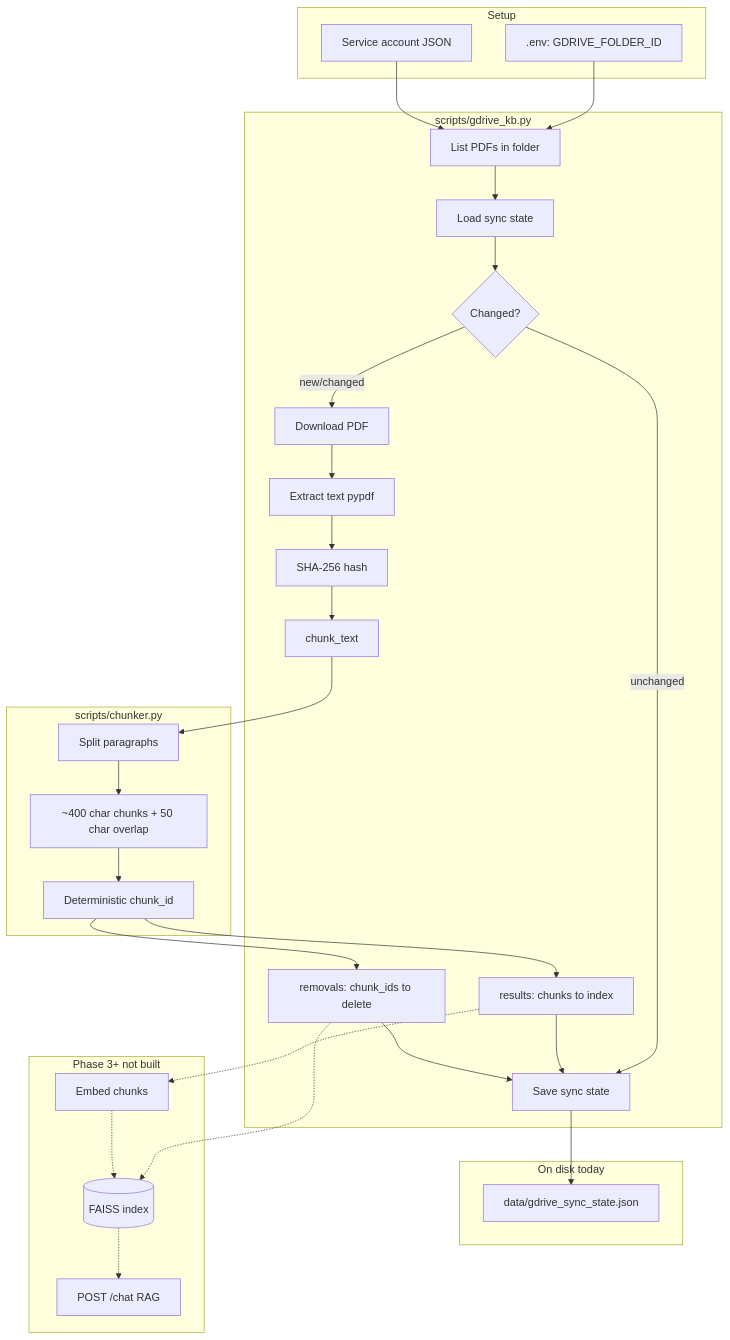
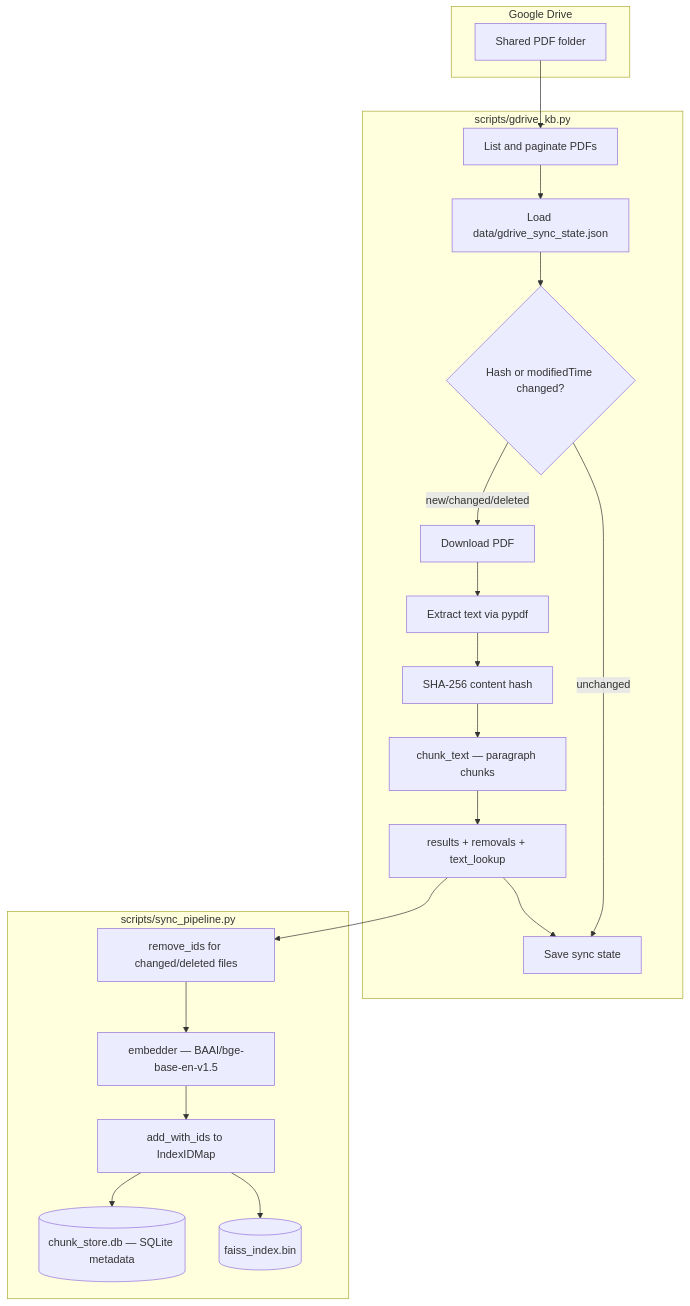
The second of 3 diagrams in README.md (Syedafzal059/customer-support-agent), drawn with Mermaid before and after one commit. The commit also changed other lines of this file and 9 other files, not shown here.

First line of the commit message:
Add scheduled Drive sync workflow and document the FAISS ingestion pipeline.

````diff
--- a/README.md
+++ b/README.md
@@ -73,49 +81,32 @@
 ```mermaid
 flowchart TD
-  subgraph setup [Setup]
-    ENV[.env: GDRIVE_FOLDER_ID]
-    SA[Service account JSON]
+  subgraph drive [Google Drive]
+    FOLDER[Shared PDF folder]
   end
-  subgraph sync [scripts/gdrive_kb.py]
-    LIST[List PDFs in folder]
-    STATE[Load sync state]
-    DIFF{Changed?}
+  subgraph ingest [scripts/gdrive_kb.py]
+    LIST[List and paginate PDFs]
+    STATE[Load data/gdrive_sync_state.json]
+    DIFF{Hash or modifiedTime changed?}
     DL[Download PDF]
-    EXT[Extract text pypdf]
-    HASH[SHA-256 hash]
-    CHK[chunk_text]
-    UPSERT[results: chunks to index]
-    REMOVE[removals: chunk_ids to delete]
+    EXT[Extract text via pypdf]
+    HASH[SHA-256 content hash]
+    CHUNK[chunk_text — paragraph chunks]
+    PLAN[results + removals + text_lookup]
     SAVE[Save sync state]
   end
-  subgraph chunker [scripts/chunker.py]
-    PARA[Split paragraphs]
-    GROUP[~400 char chunks + 50 char overlap]
-    ID[Deterministic chunk_id]
+  subgraph index [scripts/sync_pipeline.py]
+    PURGE[remove_ids for changed/deleted files]
+    EMB[embedder — BAAI/bge-base-en-v1.5]
+    ADD[add_with_ids to IndexIDMap]
+    META[(chunk_store.db — SQLite metadata)]
+    FAISS[(faiss_index.bin)]
   end
-  subgraph disk [On disk today]
-    SYNCJSON[data/gdrive_sync_state.json]
-  end
-  subgraph future [Phase 3+ not built]
-    EMB[Embed chunks]
-    IDX[(FAISS index)]
-    CHAT2[POST /chat RAG]
-  end
-  ENV --> LIST
-  SA --> LIST
-  LIST --> STATE
-  STATE --> DIFF
+  FOLDER --> LIST
+  LIST --> STATE --> DIFF
   DIFF -->|unchanged| SAVE
-  DIFF -->|new/changed| DL
-  DL --> EXT --> HASH --> CHK
-  CHK --> PARA --> GROUP --> ID
-  ID --> UPSERT
-  ID --> REMOVE
-  UPSERT --> SAVE
-  REMOVE --> SAVE
-  SAVE --> SYNCJSON
-  UPSERT -.-> EMB
-  REMOVE -.-> IDX
-  EMB -.-> IDX
-  IDX -.-> CHAT2
+  DIFF -->|new/changed/deleted| DL --> EXT --> HASH --> CHUNK --> PLAN
+  PLAN --> PURGE --> EMB --> ADD
+  ADD --> META
+  ADD --> FAISS
+  PLAN --> SAVE
 ```
````
